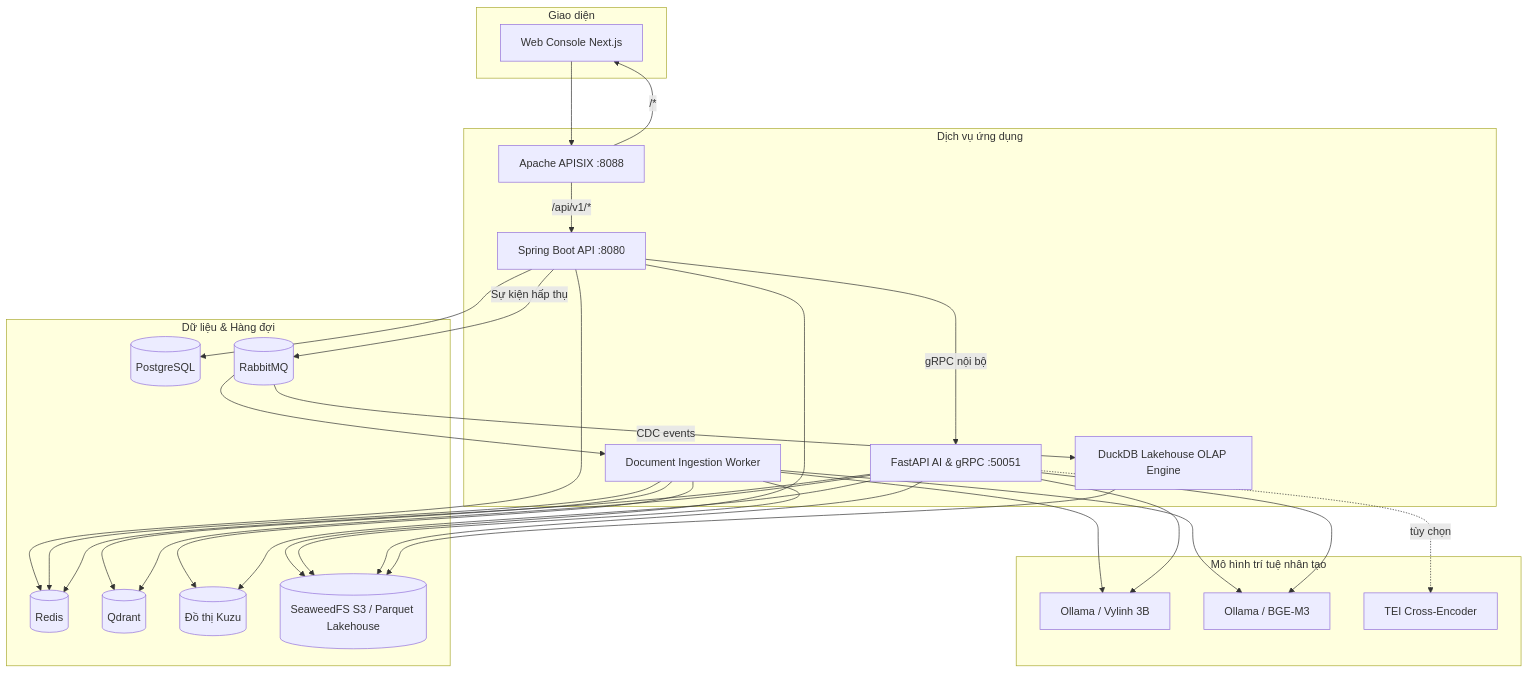
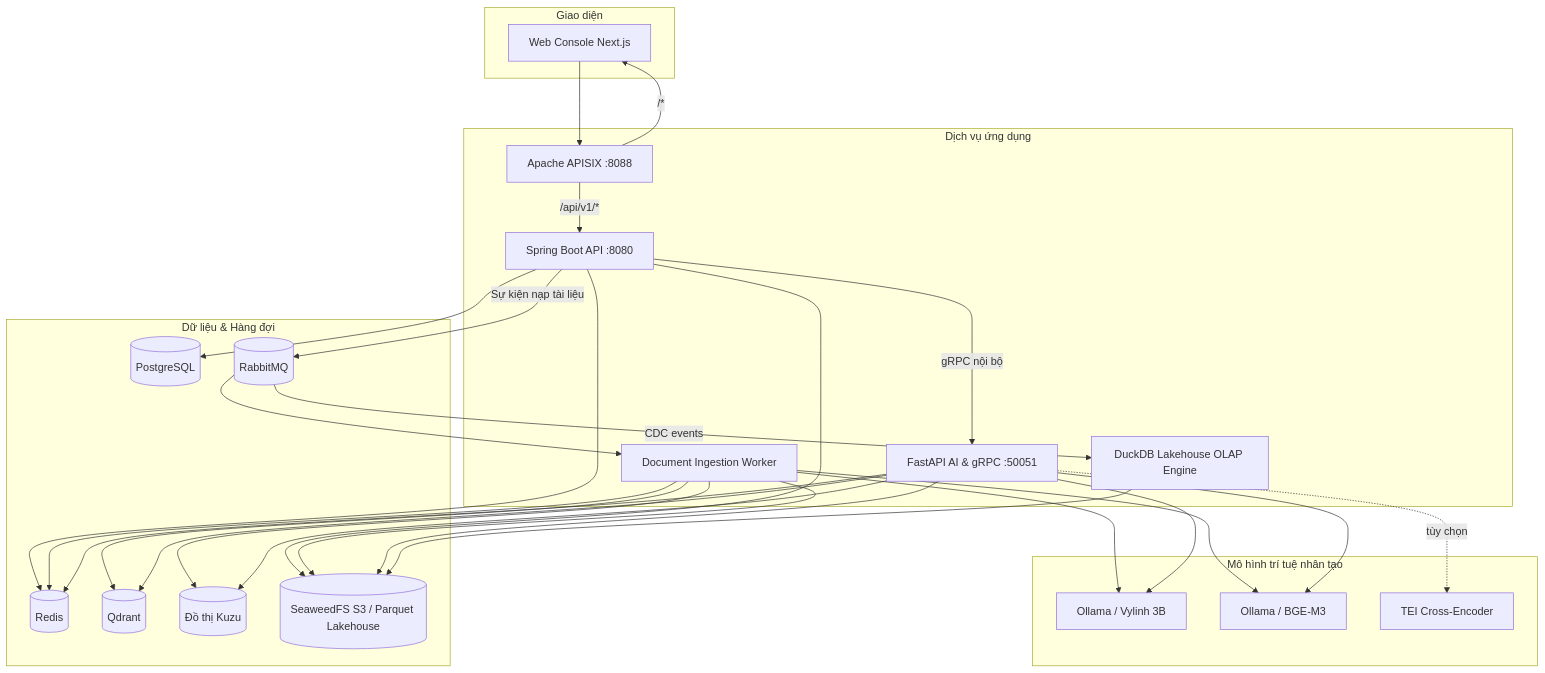
The diagram in docs/ARCHITECTURE.md (OpenVie/OpenVie), drawn with Mermaid before and after one commit. The commit also changed other lines of this file and 16 other files, not shown here.

````diff
--- a/docs/ARCHITECTURE.md
+++ b/docs/ARCHITECTURE.md
@@ -15,38 +15,38 @@
 ```mermaid
 flowchart TB
     subgraph Clients[Giao diện]
         Web[Web Console Next.js]
     end
     subgraph Apps[Dịch vụ ứng dụng]
         Gateway[Apache APISIX :8088]
         Business[Spring Boot API :8080]
         AI[FastAPI AI & gRPC :50051]
         Worker[Document Ingestion Worker]
         Lakehouse[DuckDB Lakehouse OLAP Engine]
     end
     subgraph Storage[Dữ liệu & Hàng đợi]
         PG[(PostgreSQL)]
         Redis[(Redis)]
         RabbitMQ[(RabbitMQ)]
         Qdrant[(Qdrant)]
         Kuzu[(Đồ thị Kuzu)]
         Objects[(SeaweedFS S3 / Parquet Lakehouse)]
     end
     subgraph Models[Mô hình trí tuệ nhân tạo]
         LLM[Ollama / Vylinh 3B]
         Embed[Ollama / BGE-M3]
         Reranker[TEI Cross-Encoder]
     end
     Web --> Gateway
     Gateway -->|/api/v1/*| Business
     Gateway -->|/*| Web
     Business --> PG & Redis & Objects
-    Business -->|Sự kiện hấp thụ| RabbitMQ
+    Business -->|Sự kiện nạp tài liệu| RabbitMQ
     RabbitMQ --> Worker
     Business -->|gRPC nội bộ| AI
     Worker --> Redis & Objects & Qdrant & Kuzu & Embed & LLM
     AI --> Redis & Objects & Qdrant & Kuzu & Embed & LLM
     AI -. tùy chọn .-> Reranker
     Lakehouse --> Objects
     RabbitMQ -->|CDC events| Lakehouse
 ```
````
